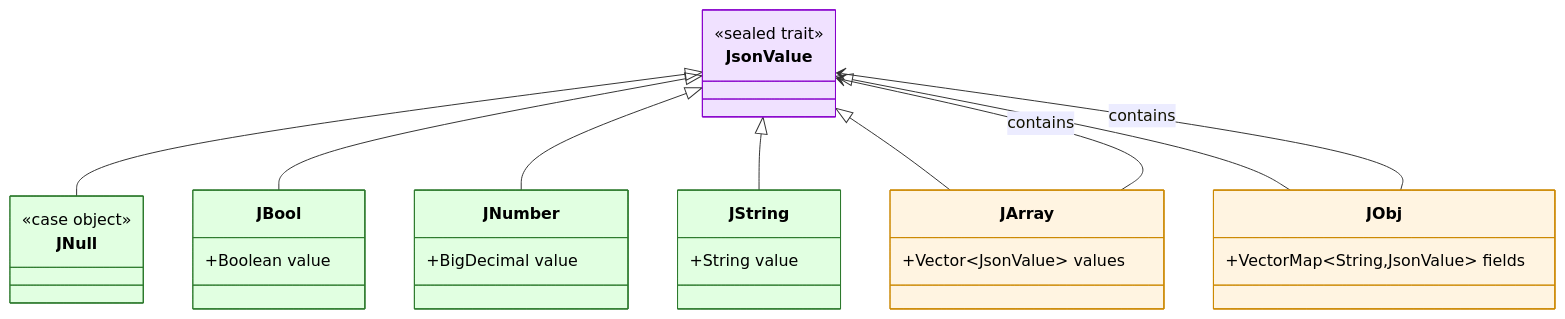
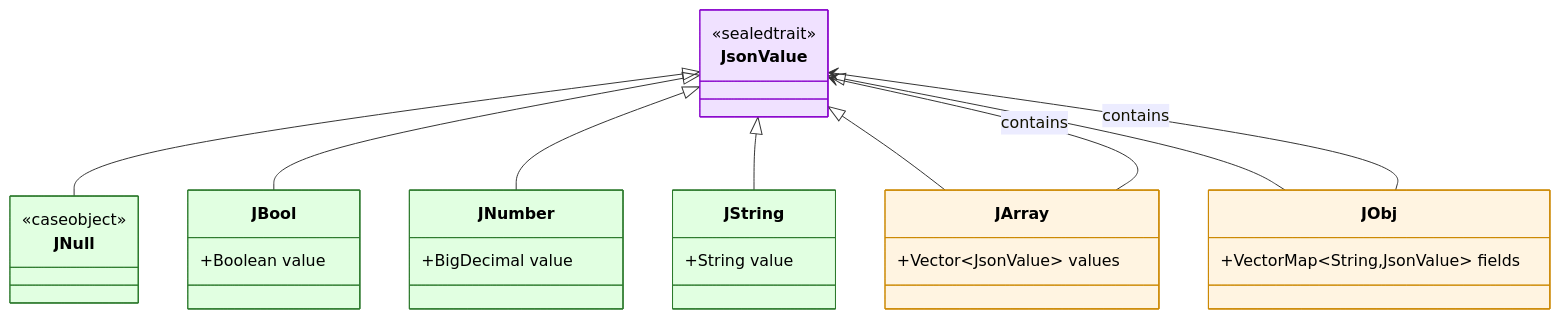
The fifth of 16 diagrams in README.md (com-vitthalmirji/toon4s), drawn with Mermaid before and after one commit. The commit also changed other lines of this file, not shown here.

````diff
--- a/README.md
+++ b/README.md
@@ -228,39 +228,39 @@
 ```mermaid
 classDiagram
     class JsonValue {
-        <<sealed trait>>
-    }
-    class JNull {
-        <<case object>>
-    }
-    class JBool {
-        +Boolean value
-    }
-    class JNumber {
-        +BigDecimal value
-    }
-    class JString {
-        +String value
-    }
-    class JArray {
-        +Vector~JsonValue~ values
-    }
-    class JObj {
-        +VectorMap~String,JsonValue~ fields
-    }
-    JsonValue <|-- JNull
-    JsonValue <|-- JBool
-    JsonValue <|-- JNumber
-    JsonValue <|-- JString
-    JsonValue <|-- JArray
-    JsonValue <|-- JObj
-    JArray --> JsonValue : contains
-    JObj --> JsonValue : contains
-    style JsonValue fill: #f0e1ff, stroke: #8800cc, color: #000
-    style JNull fill: #e1ffe1, stroke: #2d7a2d, color: #000
-    style JBool fill: #e1ffe1, stroke: #2d7a2d, color: #000
-    style JNumber fill: #e1ffe1, stroke: #2d7a2d, color: #000
-    style JString fill: #e1ffe1, stroke: #2d7a2d, color: #000
-    style JArray fill: #fff4e1, stroke: #cc8800, color: #000
-    style JObj fill: #fff4e1, stroke: #cc8800, color: #000
+<<sealedtrait>>
+}
+class JNull {
+<<caseobject>>
+}
+class JBool {
++Boolean value
+}
+class JNumber {
++BigDecimal value
+}
+class JString {
++String value
+}
+class JArray {
++Vector~JsonValue~ values
+}
+class JObj {
++VectorMap~String,JsonValue~ fields
+}
+JsonValue <|-- JNull
+JsonValue <|-- JBool
+JsonValue <|-- JNumber
+JsonValue <|-- JString
+JsonValue <|-- JArray
+JsonValue <|-- JObj
+JArray --> JsonValue: contains
+JObj --> JsonValue: contains
+style JsonValue fill: #f0e1ff, stroke: #8800cc, color: #000
+style JNull fill: #e1ffe1, stroke: #2d7a2d, color: #000
+style JBool fill: #e1ffe1, stroke: #2d7a2d, color: #000
+style JNumber fill: #e1ffe1, stroke: #2d7a2d, color: #000
+style JString fill: #e1ffe1, stroke: #2d7a2d, color: #000
+style JArray fill: #fff4e1, stroke: #cc8800, color: #000
+style JObj fill: #fff4e1, stroke: #cc8800, color: #000
 ```
````
